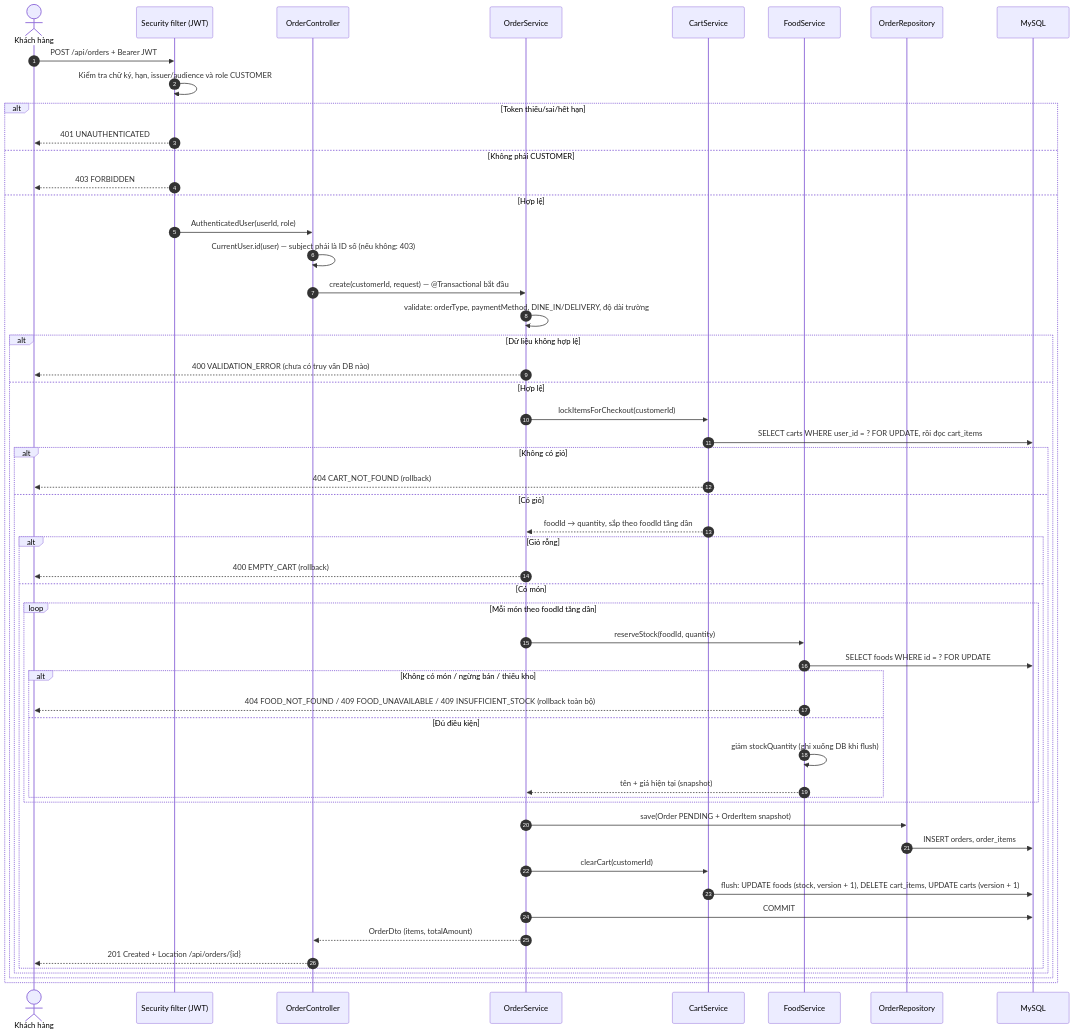
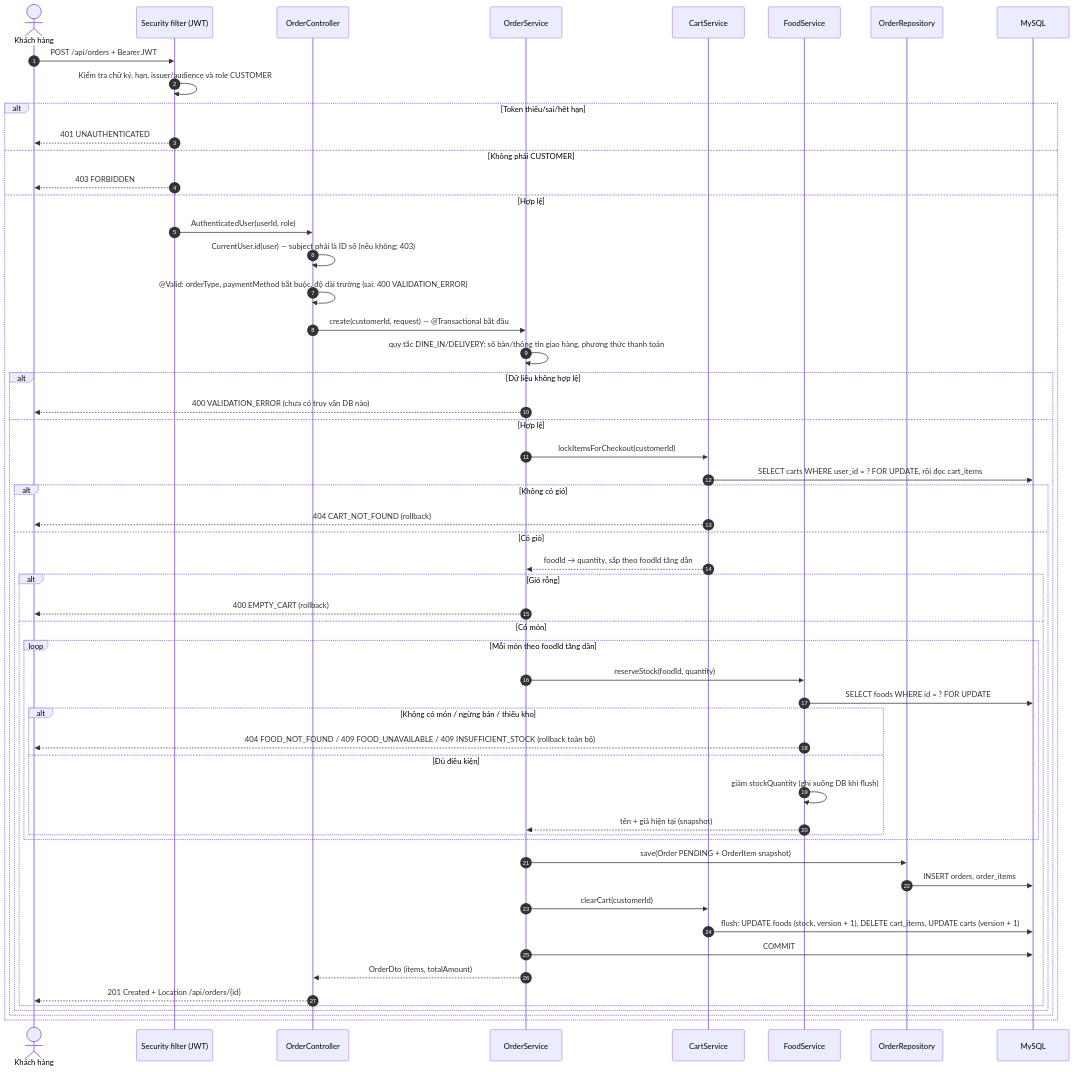
One commit to maaL6/ByteMe changed the second of 4 diagrams in docs/architecture-single-restaurant.md. Above: the diagram before and after it, drawn with Mermaid. The commit also changed other lines of this file and 17 other files, not shown here.

````diff
--- a/docs/architecture-single-restaurant.md
+++ b/docs/architecture-single-restaurant.md
@@ -99,57 +99,58 @@
 ```mermaid
 sequenceDiagram
     autonumber
     actor Customer as Khách hàng
     participant Sec as Security filter (JWT)
     participant API as OrderController
     participant Order as OrderService
     participant Cart as CartService
     participant Food as FoodService
     participant Repo as OrderRepository
     participant DB as MySQL
 
     Customer->>Sec: POST /api/orders + Bearer JWT
     Sec->>Sec: Kiểm tra chữ ký, hạn, issuer/audience và role CUSTOMER
     alt Token thiếu/sai/hết hạn
         Sec-->>Customer: 401 UNAUTHENTICATED
     else Không phải CUSTOMER
         Sec-->>Customer: 403 FORBIDDEN
     else Hợp lệ
         Sec->>API: AuthenticatedUser(userId, role)
         API->>API: CurrentUser.id(user) — subject phải là ID số (nếu không: 403)
+        API->>API: @Valid: orderType, paymentMethod bắt buộc, độ dài trường (sai: 400 VALIDATION_ERROR)
         API->>Order: create(customerId, request) — @Transactional bắt đầu
-        Order->>Order: validate: orderType, paymentMethod, DINE_IN/DELIVERY, độ dài trường
+        Order->>Order: quy tắc DINE_IN/DELIVERY: số bàn/thông tin giao hàng, phương thức thanh toán
         alt Dữ liệu không hợp lệ
             Order-->>Customer: 400 VALIDATION_ERROR (chưa có truy vấn DB nào)
         else Hợp lệ
             Order->>Cart: lockItemsForCheckout(customerId)
             Cart->>DB: SELECT carts WHERE user_id = ? FOR UPDATE, rồi đọc cart_items
             alt Không có giỏ
                 Cart-->>Customer: 404 CART_NOT_FOUND (rollback)
             else Có giỏ
                 Cart-->>Order: foodId → quantity, sắp theo foodId tăng dần
                 alt Giỏ rỗng
                     Order-->>Customer: 400 EMPTY_CART (rollback)
                 else Có món
                     loop Mỗi món theo foodId tăng dần
                         Order->>Food: reserveStock(foodId, quantity)
                         Food->>DB: SELECT foods WHERE id = ? FOR UPDATE
                         alt Không có món / ngừng bán / thiếu kho
                             Food-->>Customer: 404 FOOD_NOT_FOUND / 409 FOOD_UNAVAILABLE / 409 INSUFFICIENT_STOCK (rollback toàn bộ)
                         else Đủ điều kiện
                             Food->>Food: giảm stockQuantity (ghi xuống DB khi flush)
                             Food-->>Order: tên + giá hiện tại (snapshot)
                         end
                     end
                     Order->>Repo: save(Order PENDING + OrderItem snapshot)
                     Repo->>DB: INSERT orders, order_items
                     Order->>Cart: clearCart(customerId)
                     Cart->>DB: flush: UPDATE foods (stock, version + 1), DELETE cart_items, UPDATE carts (version + 1)
                     Order->>DB: COMMIT
                     Order-->>API: OrderDto (items, totalAmount)
                     API-->>Customer: 201 Created + Location /api/orders/{id}
                 end
             end
         end
     end
 ```
````
